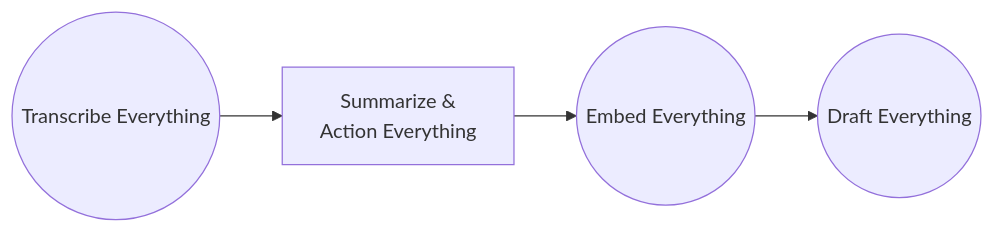
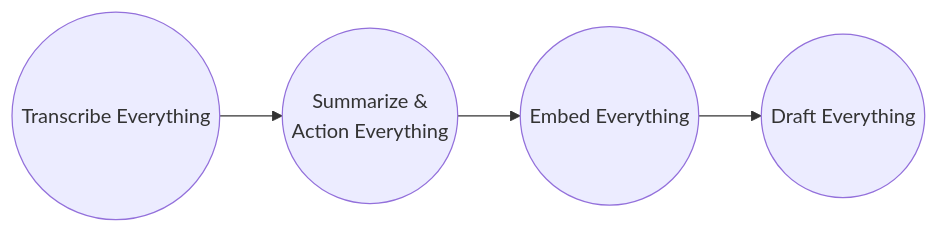
One commit to dragones/llmpm changed the diagram in README.md. Above: the diagram before and after it, drawn with Mermaid.

Commit message:
updated line breaks

````diff
--- a/README.md
+++ b/README.md
@@ -48,11 +48,11 @@
 ```mermaid
 flowchart LR
     id1((Transcribe Everything))
-    id2["`Summarize &
-    Action Everything`"]
+    id2(("Summarize &
+    Action Everything"))
     id3((Embed Everything))
     id4((Draft Everything))
     id1 --> id2
     id2 --> id3
     id3 --> id4
 ```
````
